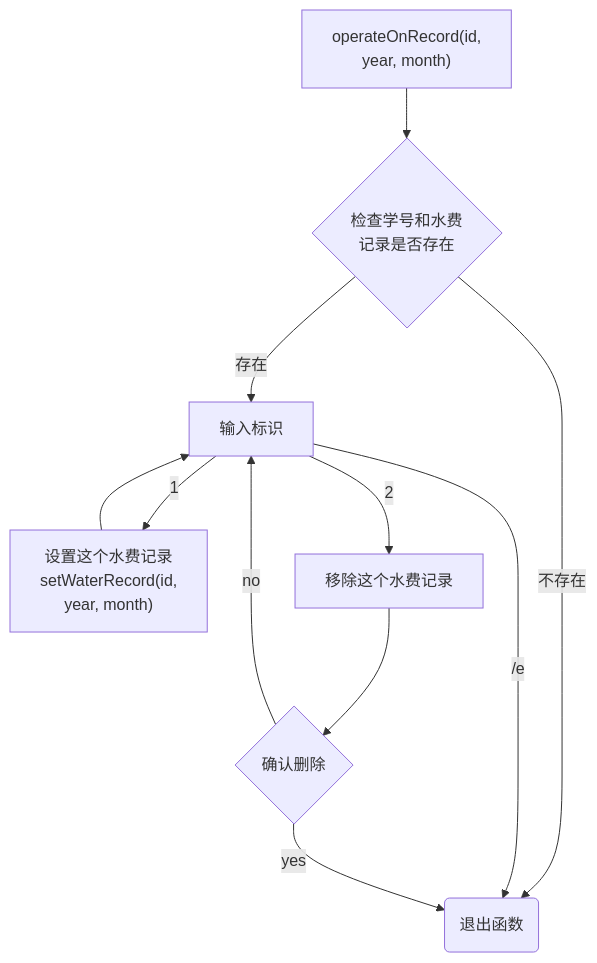
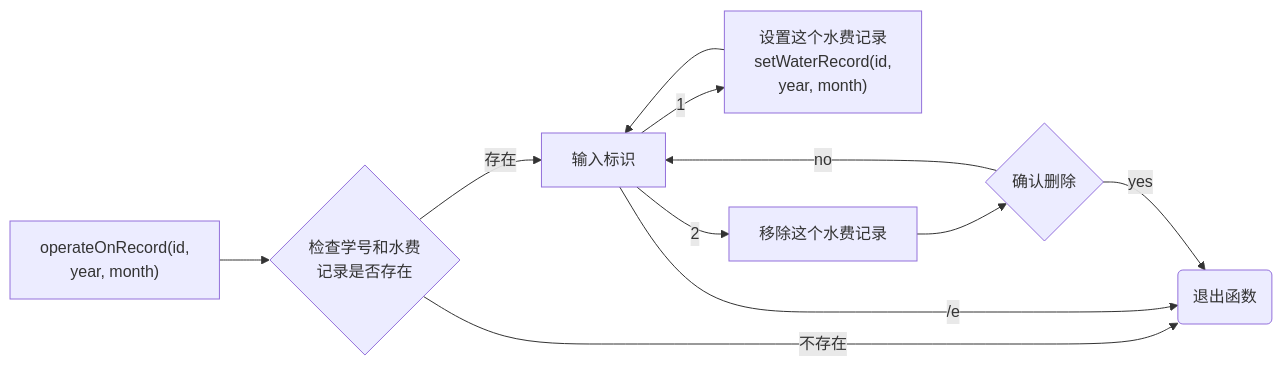
Before and after one commit to forer-lika777/Heyiwei: the seventh of 19 diagrams in README.md, drawn with Mermaid. The commit also changed other lines of this file, not shown here.

````diff
--- a/README.md
+++ b/README.md
@@ -520,17 +526,17 @@
 ```mermaid
-flowchart TD
+flowchart LR
     A["operateOnRecord(id,<br/> year, month)"] --> B{检查学号和水费<br/>记录是否存在}
 
     B --> |不存在| C(退出函数)
     B --> |存在| G[输入标识]
     
     G --> |1| D["设置这个水费记录<br/>setWaterRecord(id,<br/> year, month)"]
     G --> |2| E[移除这个水费记录]
     G --> |"/e"| C
 
     D --> G
     E --> F{确认删除}
 
     F --> |yes| C
     F --> |no| G
 ```
````
